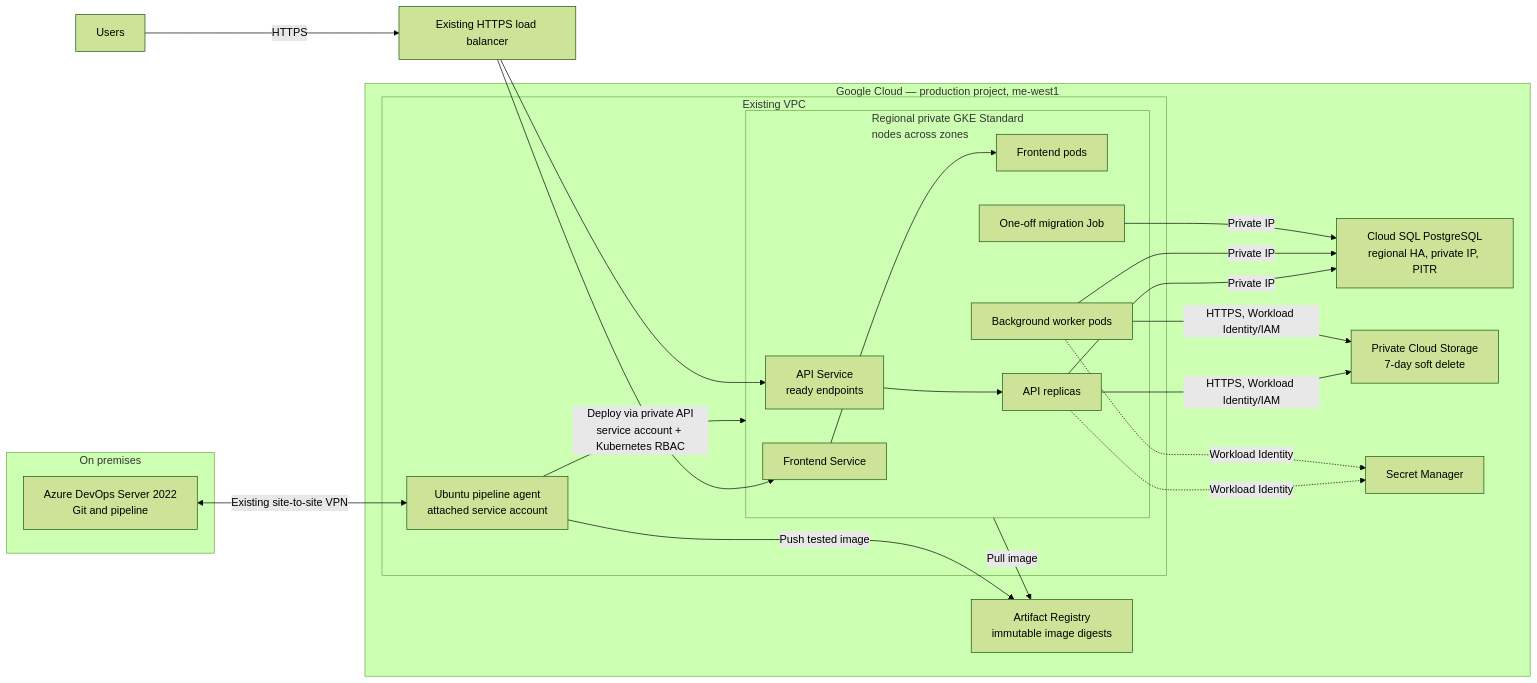
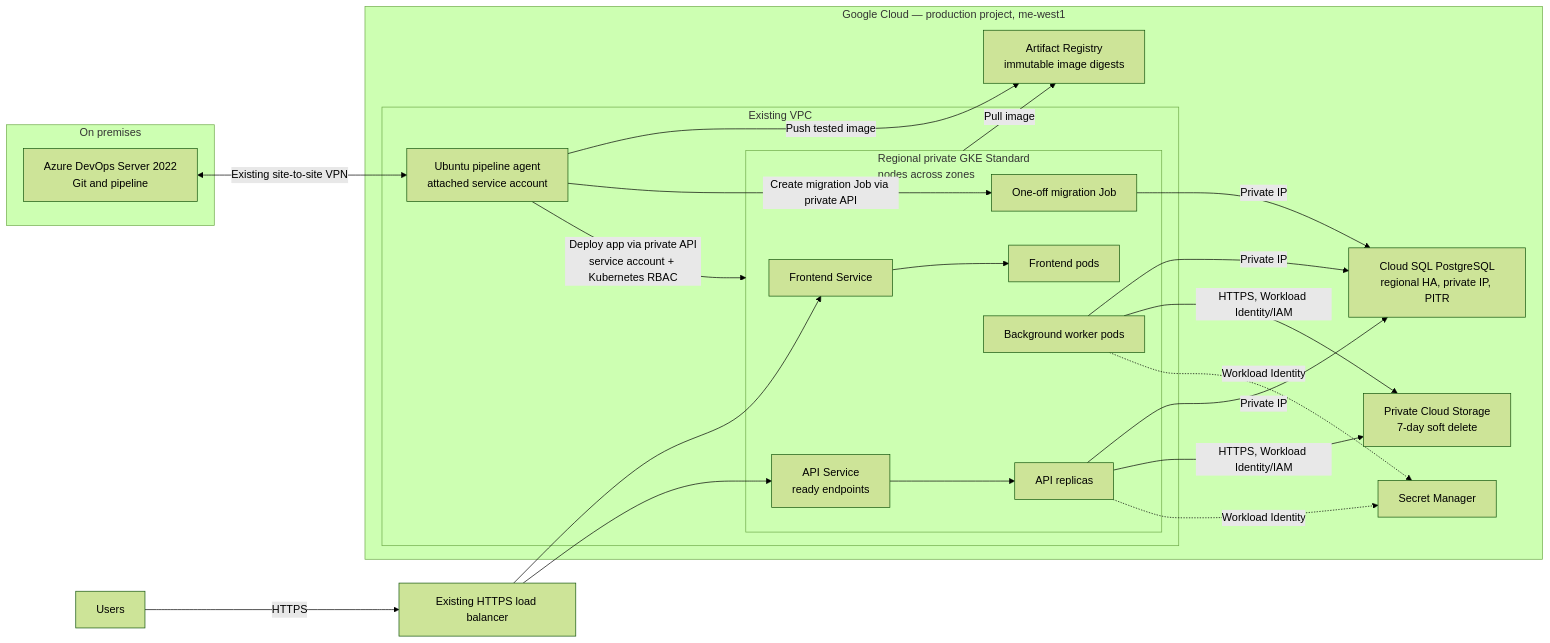
One commit to ofirhazam-pro/cloud-devops-test-2026-candidates changed the diagram in solution/architecture.md. Above: the diagram before and after it, drawn with Mermaid (forest theme). The commit also changed other lines of this file, not shown here.

````diff
--- a/solution/architecture.md
+++ b/solution/architecture.md
@@ -5,38 +5,39 @@
 ```mermaid
 flowchart LR
   USERS[Users] -->|HTTPS| LB[Existing HTTPS load balancer]
 
   subgraph ONPREM[On premises]
     ADO[Azure DevOps Server 2022<br/>Git and pipeline]
   end
 
   subgraph GCP[Google Cloud — production project, me-west1]
     subgraph VPC[Existing VPC]
       AGENT[Ubuntu pipeline agent<br/>attached service account]
       subgraph GKE[Regional private GKE Standard<br/>nodes across zones]
         WEB_SVC[Frontend Service] --> WEB[Frontend pods]
         API_SVC[API Service<br/>ready endpoints] --> API[API replicas]
         WORKER[Background worker pods]
         MIGRATE[One-off migration Job]
       end
     end
     AR[Artifact Registry<br/>immutable image digests]
     SQL[Cloud SQL PostgreSQL<br/>regional HA, private IP, PITR]
     GCS[Private Cloud Storage<br/>7-day soft delete]
     SM[Secret Manager]
   end
 
   ADO <-->|Existing site-to-site VPN| AGENT
   AGENT -->|Push tested image| AR
-  AGENT -->|Deploy via private API<br/>service account + Kubernetes RBAC| GKE
+  AGENT -->|Deploy app via private API<br/>service account + Kubernetes RBAC| GKE
+  AGENT -->|Create migration Job via private API| MIGRATE
   LB --> WEB_SVC
   LB --> API_SVC
   API -->|Private IP| SQL
   WORKER -->|Private IP| SQL
   MIGRATE -->|Private IP| SQL
   API -->|HTTPS, Workload Identity/IAM| GCS
   WORKER -->|HTTPS, Workload Identity/IAM| GCS
   API -.->|Workload Identity| SM
   WORKER -.->|Workload Identity| SM
   GKE -->|Pull image| AR
 ```
````
